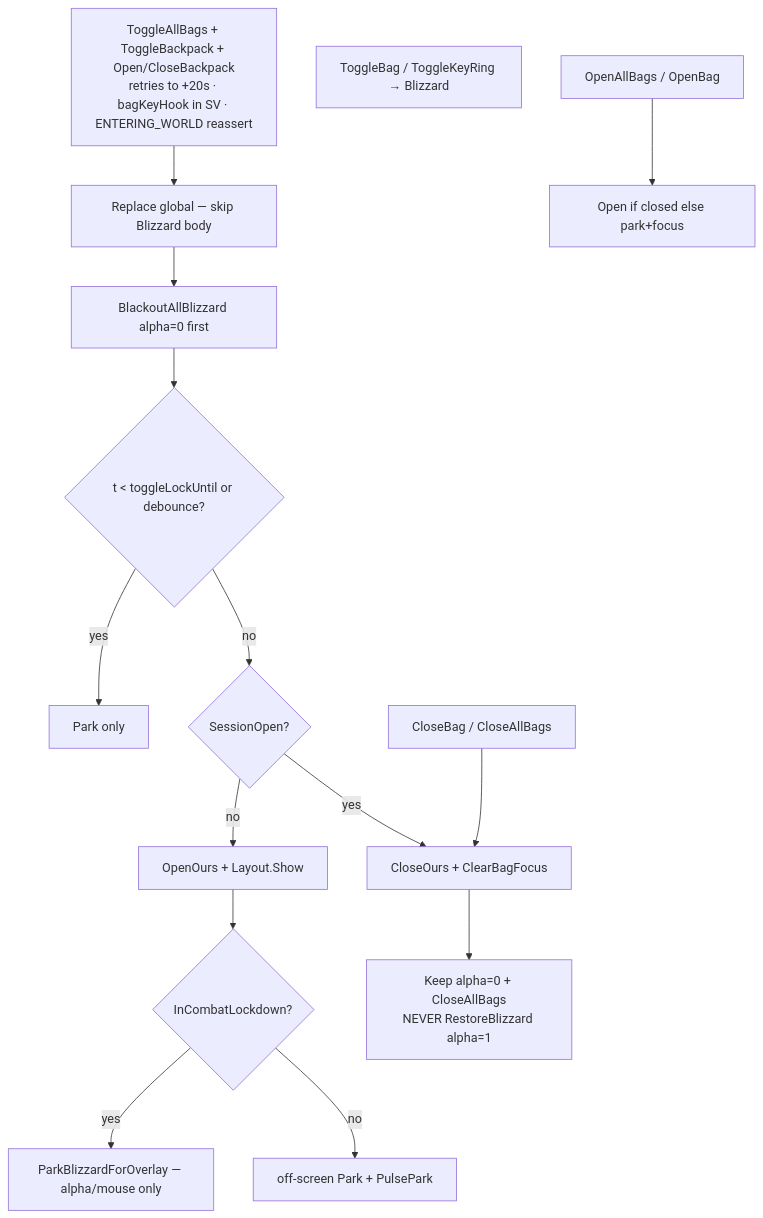
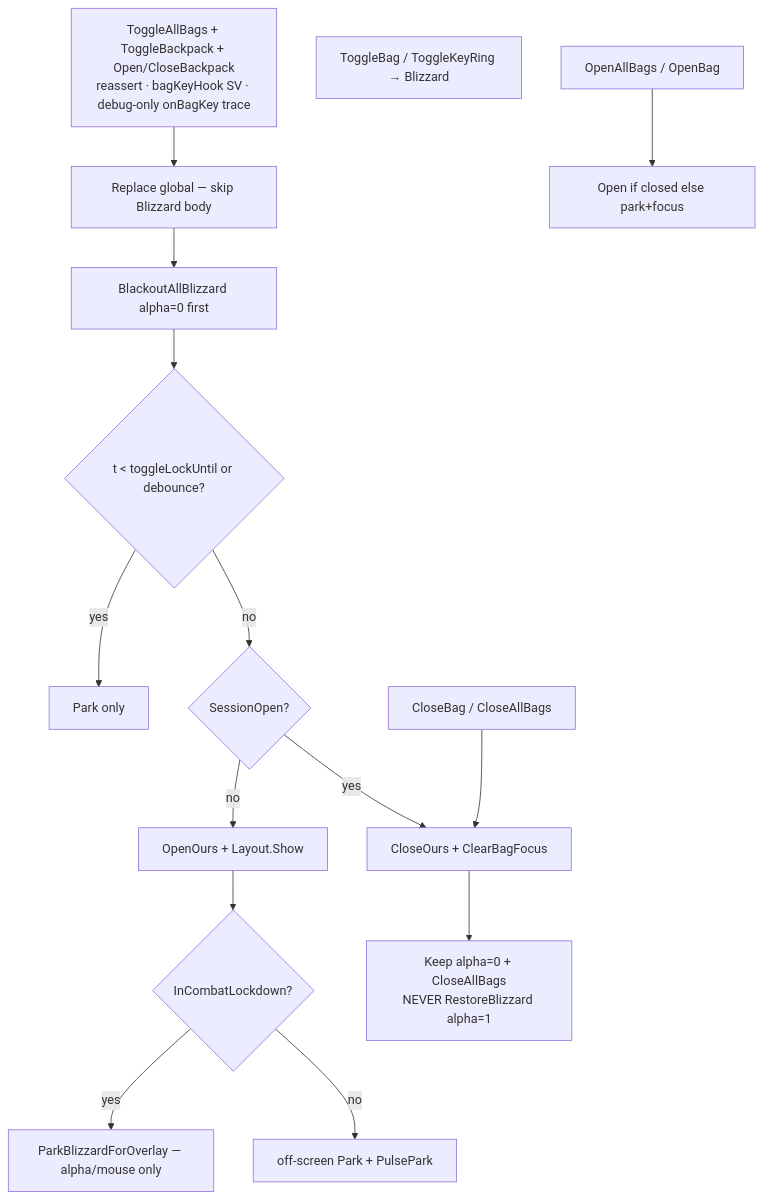
The first of 6 diagrams in addons/BetterBackpack/Docs/loops.md (sirTurbisCZ/wow-forever-addons), drawn with Mermaid before and after one commit. The commit also changed 6 other files, not shown here.

First line of the commit message:
release(BetterBackpack): 1.1.0 — B key ship, quiet OpenClose

````diff
--- a/addons/BetterBackpack/Docs/loops.md
+++ b/addons/BetterBackpack/Docs/loops.md
@@ -11,18 +11,18 @@
 ```mermaid
 flowchart TD
-  B[ToggleAllBags + ToggleBackpack + Open/CloseBackpack<br/>retries to +20s · bagKeyHook in SV · ENTERING_WORLD reassert]
+  B[ToggleAllBags + ToggleBackpack + Open/CloseBackpack<br/>reassert · bagKeyHook SV · debug-only onBagKey trace]
   Bar[ToggleBag / ToggleKeyRing → Blizzard]
   B --> Rep[Replace global — skip Blizzard body]
   Rep --> Black[BlackoutAllBlizzard alpha=0 first]
   Black --> Lock{t < toggleLockUntil or debounce?}
   Lock -->|yes| Pulse[Park only]
   Lock -->|no| Vis{SessionOpen?}
   Vis -->|no| Open[OpenOurs + Layout.Show]
   Open --> ParkMode{InCombatLockdown?}
   ParkMode -->|yes| AlphaOnly[ParkBlizzardForOverlay — alpha/mouse only]
   ParkMode -->|no| OffPark[off-screen Park + PulsePark]
   Vis -->|yes| Close[CloseOurs + ClearBagFocus]
   Close --> Keep0[Keep alpha=0 + CloseAllBags<br/>NEVER RestoreBlizzard alpha=1]
   OpenOnly[OpenAllBags / OpenBag] --> OpenOrPark[Open if closed else park+focus]
   CloseAPI[CloseBag / CloseAllBags] --> Close
 ```
````
